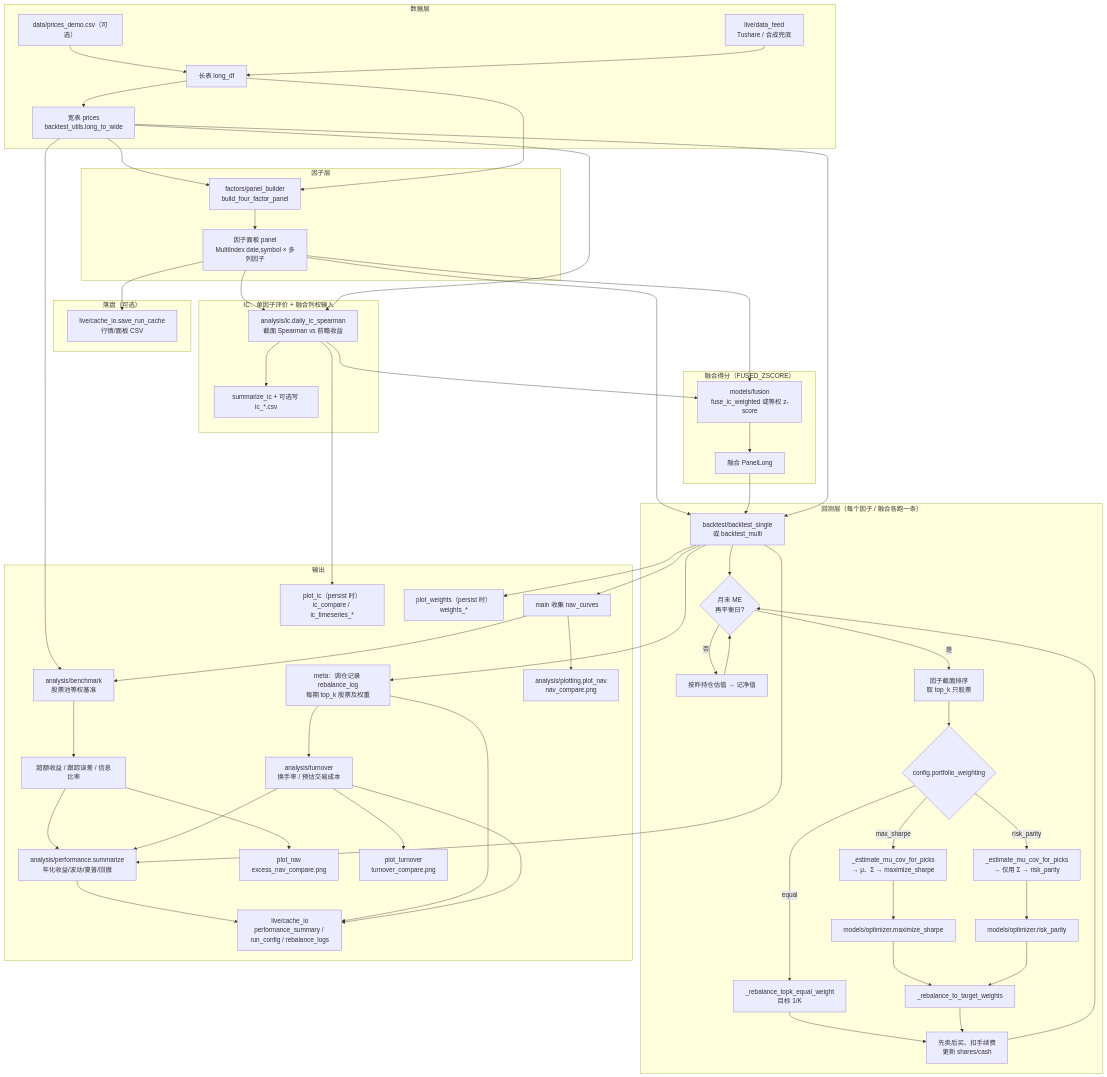
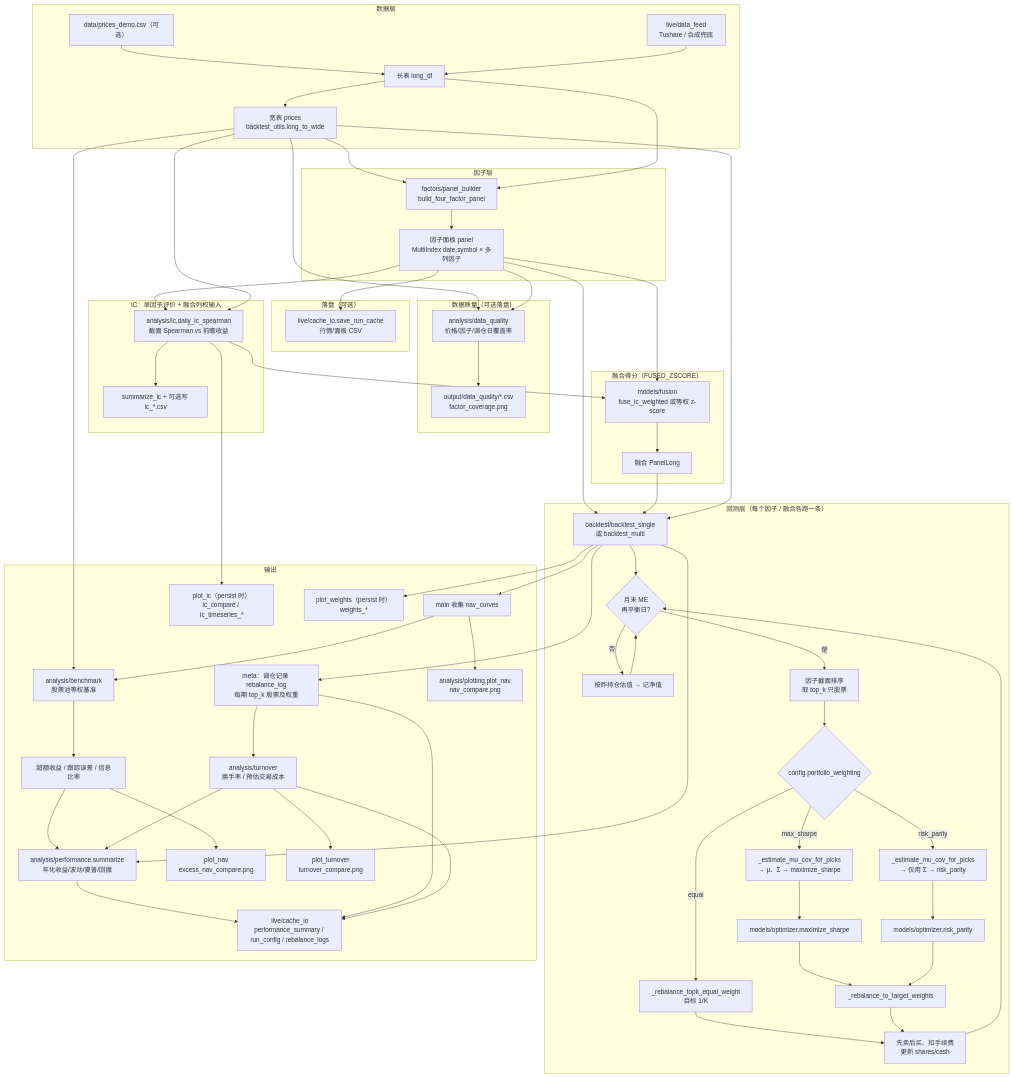
One commit to Mikowong0821/quant_strategy changed the diagram in docs/FLOW_AND_MODULES.md. Above: the diagram before and after it, drawn with Mermaid. The commit also changed other lines of this file and 12 other files, not shown here.

Commit message:
Add data quality coverage reports

````diff
--- a/docs/FLOW_AND_MODULES.md
+++ b/docs/FLOW_AND_MODULES.md
@@ -9,73 +9,79 @@
 ```mermaid
 flowchart TB
     subgraph data["数据层"]
         CSV["data/prices_demo.csv（可选）"]
         TS["live/data_feed<br/>Tushare / 合成兜底"]
         CSV --> LONG["长表 long_df"]
         TS --> LONG
         LONG --> WIDE["宽表 prices<br/>backtest_utils.long_to_wide"]
     end
 
     subgraph panel["因子层"]
         WIDE --> FB["factors/panel_builder<br/>build_four_factor_panel"]
         LONG --> FB
         FB --> PANEL["因子面板 panel<br/>MultiIndex date,symbol × 多列因子"]
     end
 
     subgraph cache["落盘（可选）"]
         PANEL --> CI["live/cache_io.save_run_cache<br/>行情/面板 CSV"]
+    end
+
+    subgraph dq["数据质量（可选落盘）"]
+        WIDE --> DQ["analysis/data_quality<br/>价格/因子/调仓日覆盖率"]
+        PANEL --> DQ
+        DQ --> DQOUT["output/data_quality/*.csv<br/>factor_coverage.png"]
     end
 
     subgraph ic_block["IC：单因子评价 + 融合列权输入"]
         PANEL --> IC["analysis/ic.daily_ic_spearman<br/>截面 Spearman vs 前瞻收益"]
         WIDE --> IC
         IC --> ICSUM["summarize_ic + 可选写 ic_*.csv"]
     end
 
     subgraph fusion["融合得分（FUSED_ZSCORE）"]
         PANEL --> FZ["models/fusion<br/>fuse_ic_weighted 或等权 z-score"]
         IC --> FZ
         FZ --> FUSED["融合 PanelLong"]
     end
 
     subgraph bt["回测层（每个因子 / 融合各跑一条）"]
         PANEL --> BT["backtest/backtest_single<br/>或 backtest_multi"]
         FUSED --> BT
         WIDE --> BT
         BT --> RB{"月末 ME<br/>再平衡日?"}
         RB -->|否| NAV1["按昨持仓估值 → 记净值"]
         RB -->|是| TOPK["因子截面排序<br/>取 top_k 只股票"]
         TOPK --> WMODE{"config.portfolio_weighting"}
         WMODE -->|equal| EQ["_rebalance_topk_equal_weight<br/>目标 1/K"]
         WMODE -->|max_sharpe| EST["_estimate_mu_cov_for_picks<br/>→ μ、Σ → maximize_sharpe"]
         EST --> MS["models/optimizer.maximize_sharpe"]
         WMODE -->|risk_parity| EST2["_estimate_mu_cov_for_picks<br/>→ 仅用 Σ → risk_parity"]
         EST2 --> RP["models/optimizer.risk_parity"]
         MS --> TW["_rebalance_to_target_weights"]
         RP --> TW
         EQ --> NAV2["先卖后买、扣手续费<br/>更新 shares/cash"]
         TW --> NAV2
         NAV1 --> RB
         NAV2 --> RB
     end
 
     subgraph out["输出"]
         BT --> PERF["analysis/performance.summarize<br/>年化收益/波动/夏普/回撤"]
         WIDE --> BENCH["analysis/benchmark<br/>股票池等权基准"]
         NAVC --> BENCH
         BENCH --> EXCESS["超额收益 / 跟踪误差 / 信息比率"]
         EXCESS --> PERF
         BT --> META["meta：调仓记录 rebalance_log<br/>每期 top_k 股票及权重"]
         META --> TO["analysis/turnover<br/>换手率 / 预估交易成本"]
         TO --> PERF
         PERF --> EXP["live/cache_io<br/>performance_summary / run_config / rebalance_logs"]
         META --> EXP
         TO --> EXP
         BT --> NAVC["main 收集 nav_curves"]
         NAVC --> PLOT["analysis/plotting.plot_nav<br/>nav_compare.png"]
         EXCESS --> XPLOT["plot_nav<br/>excess_nav_compare.png"]
         TO --> TPLOT["plot_turnover<br/>turnover_compare.png"]
         IC --> ICFIG["plot_ic（persist 时）<br/>ic_compare / ic_timeseries_*"]
         BT --> WFIG["plot_weights（persist 时）<br/>weights_*"]
     end
 ```
````
